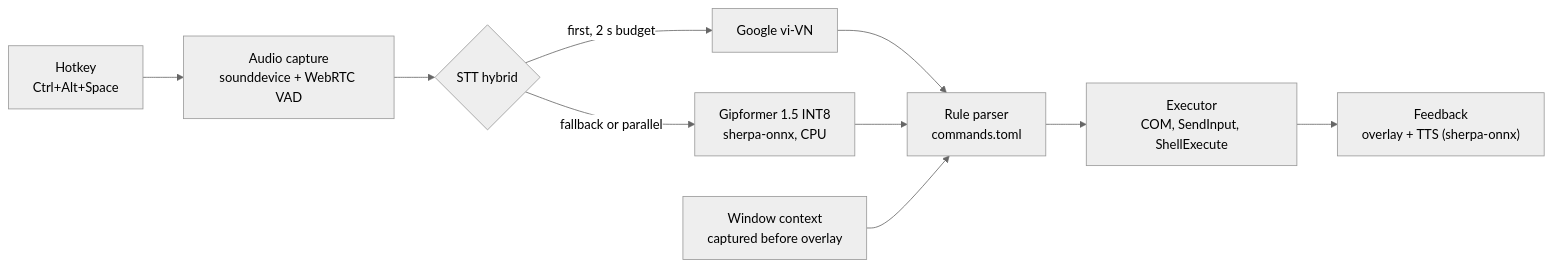
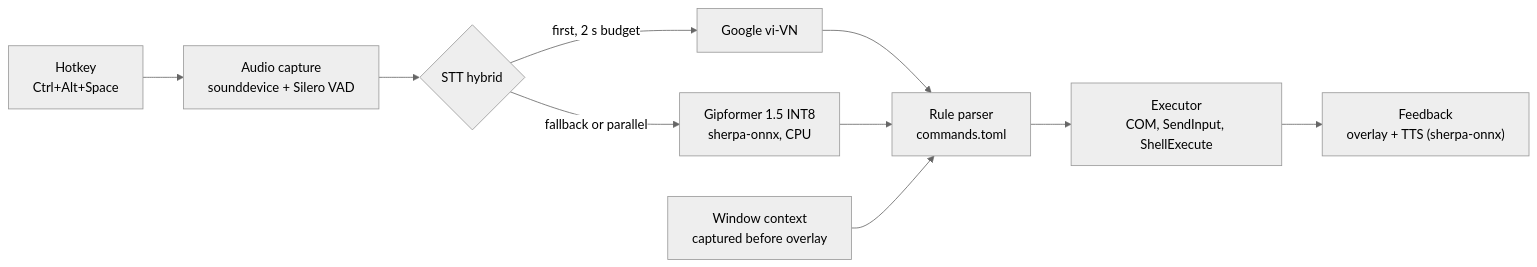
The diagram in README.md (namnguyen0503/VoicePilot), drawn with Mermaid (neutral theme) before and after one commit. The commit also changed other lines of this file and 18 other files, not shown here.

Commit message:
fix: improve noisy speech endpointing with offline Silero VAD

````diff
--- a/README.md
+++ b/README.md
@@ -37,12 +37,12 @@
 ```mermaid
 flowchart LR
-    H["Hotkey<br/>Ctrl+Alt+Space"] --> A["Audio capture<br/>sounddevice + WebRTC VAD"]
+    H["Hotkey<br/>Ctrl+Alt+Space"] --> A["Audio capture<br/>sounddevice + Silero VAD"]
     A --> S{"STT hybrid"}
     S -->|"first, 2 s budget"| G["Google vi-VN"]
     S -->|"fallback or parallel"| O["Gipformer 1.5 INT8<br/>sherpa-onnx, CPU"]
     G --> P["Rule parser<br/>commands.toml"]
     O --> P
     C["Window context<br/>captured before overlay"] --> P
     P --> E["Executor<br/>COM, SendInput, ShellExecute"]
     E --> F["Feedback<br/>overlay + TTS (sherpa-onnx)"]
 ```
````
